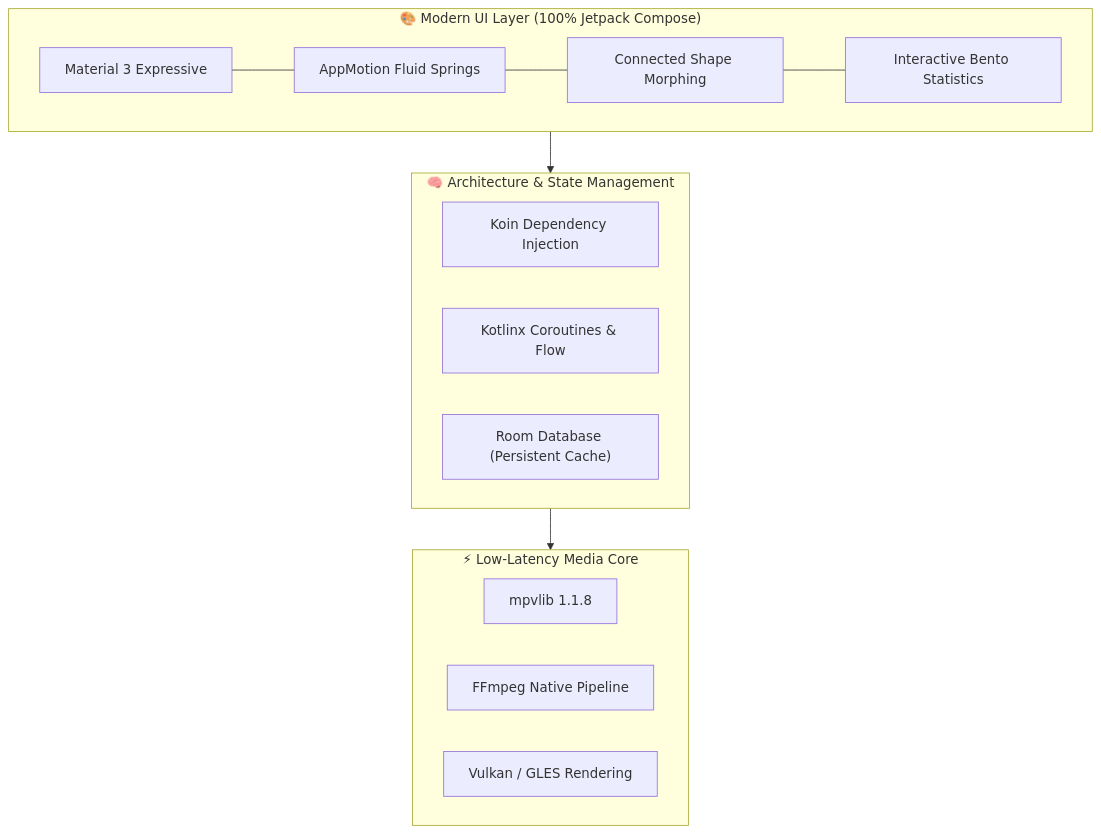
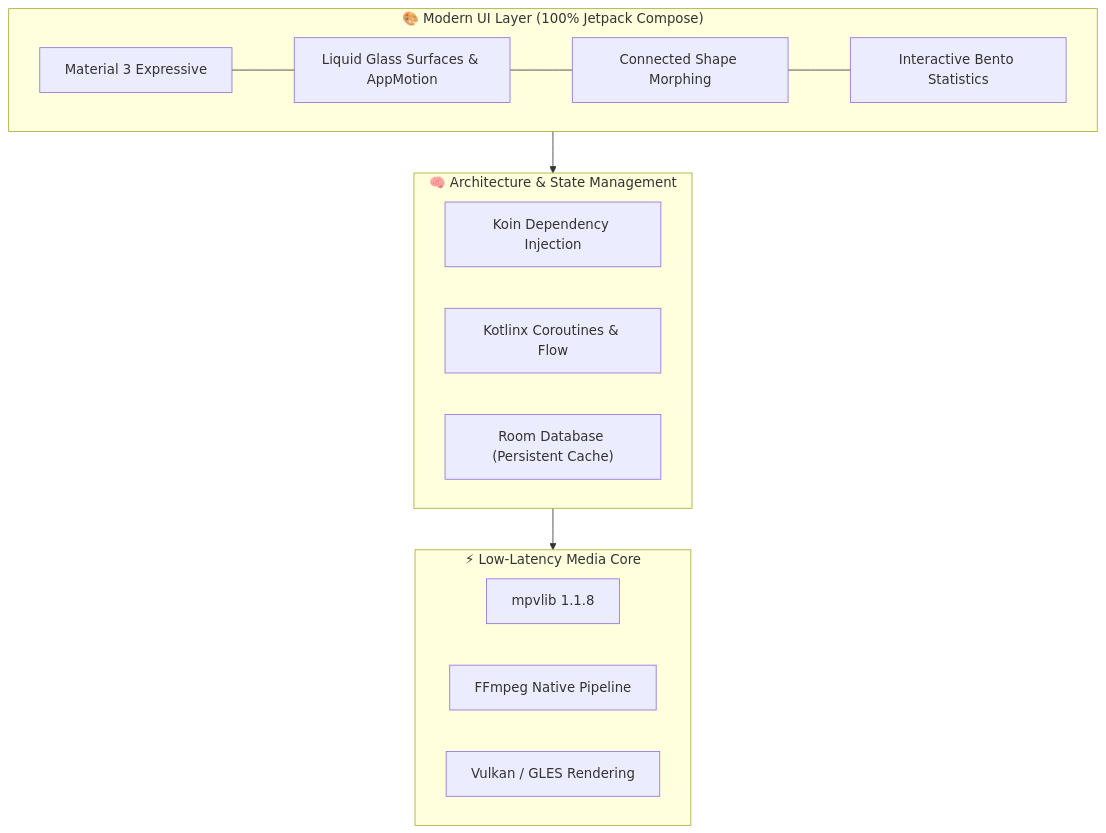
Before and after one commit to Krishna1998/AIO-Player: the diagram in README.md, drawn with Mermaid. The commit also changed other lines of this file, not shown here.

Commit message:
docs: update README.md with smart sleep timer and system-wide liquid glass

````diff
--- a/README.md
+++ b/README.md
@@ -96,23 +99,23 @@
 ```mermaid
 flowchart TD
     subgraph UI ["🎨 Modern UI Layer (100% Jetpack Compose)"]
-        A["Material 3 Expressive"] --- B["AppMotion Fluid Springs"]
+        A["Material 3 Expressive"] --- B["Liquid Glass Surfaces & AppMotion"]
         B --- C["Connected Shape Morphing"]
         C --- D["Interactive Bento Statistics"]
     end
 
     subgraph State ["🧠 Architecture & State Management"]
         E["Koin Dependency Injection"]
         F["Kotlinx Coroutines & Flow"]
         G["Room Database (Persistent Cache)"]
     end
 
     subgraph Native ["⚡ Low-Latency Media Core"]
         H["mpvlib 1.1.8"]
         I["FFmpeg Native Pipeline"]
         J["Vulkan / GLES Rendering"]
     end
 
     UI --> State
     State --> Native
 ```
````
